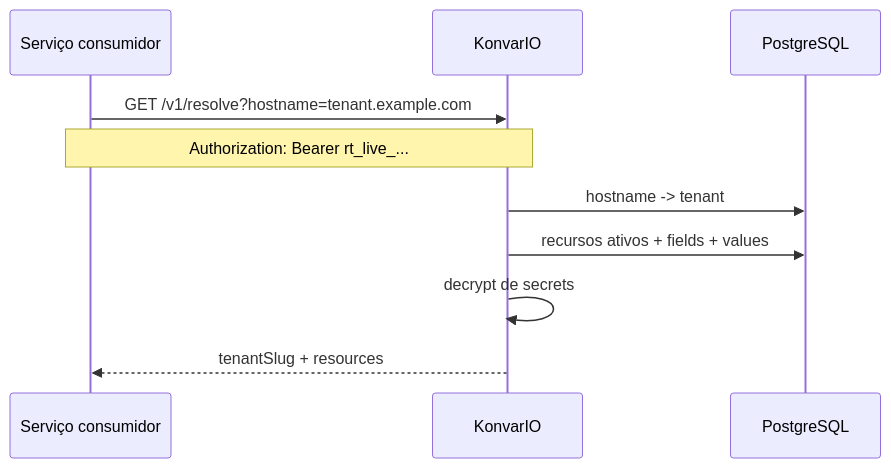
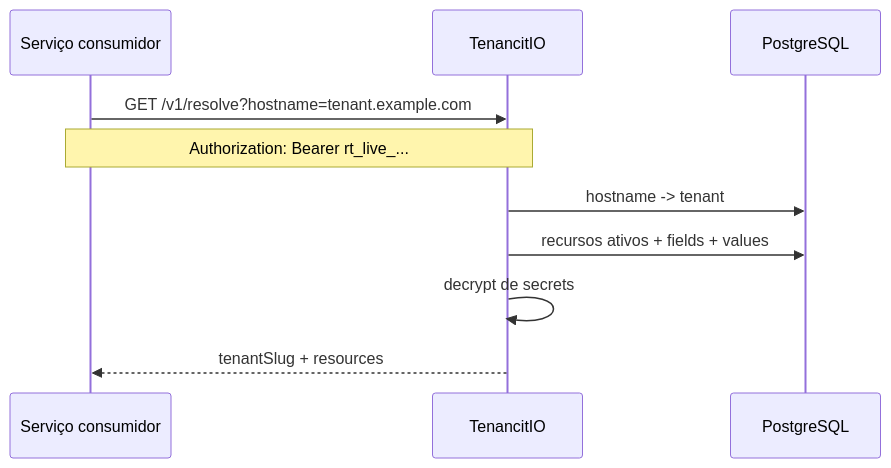
Before and after one commit to djalmajr/tenancit: the first of 2 diagrams in docs/engenharia/01-arquitetura.adoc, drawn with Mermaid. The commit also changed other lines of this file and 167 other files, not shown here.

```diff
--- a/docs/engenharia/01-arquitetura.adoc
+++ b/docs/engenharia/01-arquitetura.adoc
@@ -37,14 +37,14 @@
 [mermaid]
 ----
 sequenceDiagram
   participant C as Serviço consumidor
-  participant RTS as KonvarIO
+  participant RTS as TenancitIO
   participant PG as PostgreSQL
 
   C->>RTS: GET /v1/resolve?hostname=tenant.example.com
   Note over C,RTS: Authorization: Bearer rt_live_...
   RTS->>PG: hostname -> tenant
   RTS->>PG: recursos ativos + fields + values
   RTS->>RTS: decrypt de secrets
   RTS-->>C: tenantSlug + resources
 ----
```
